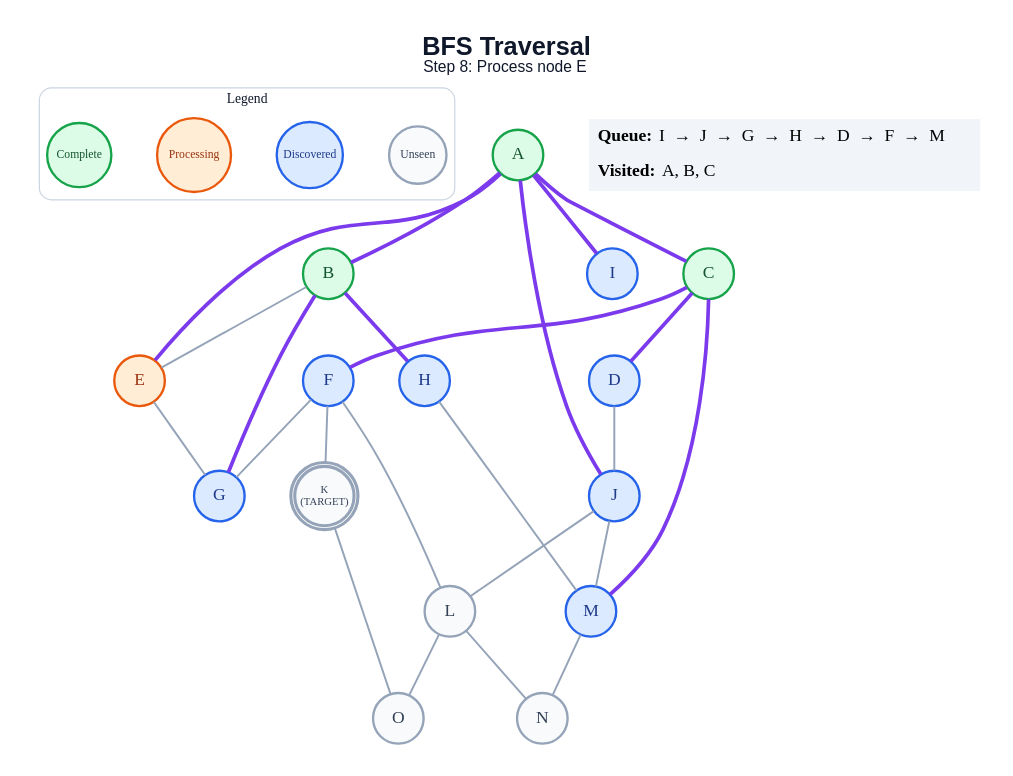
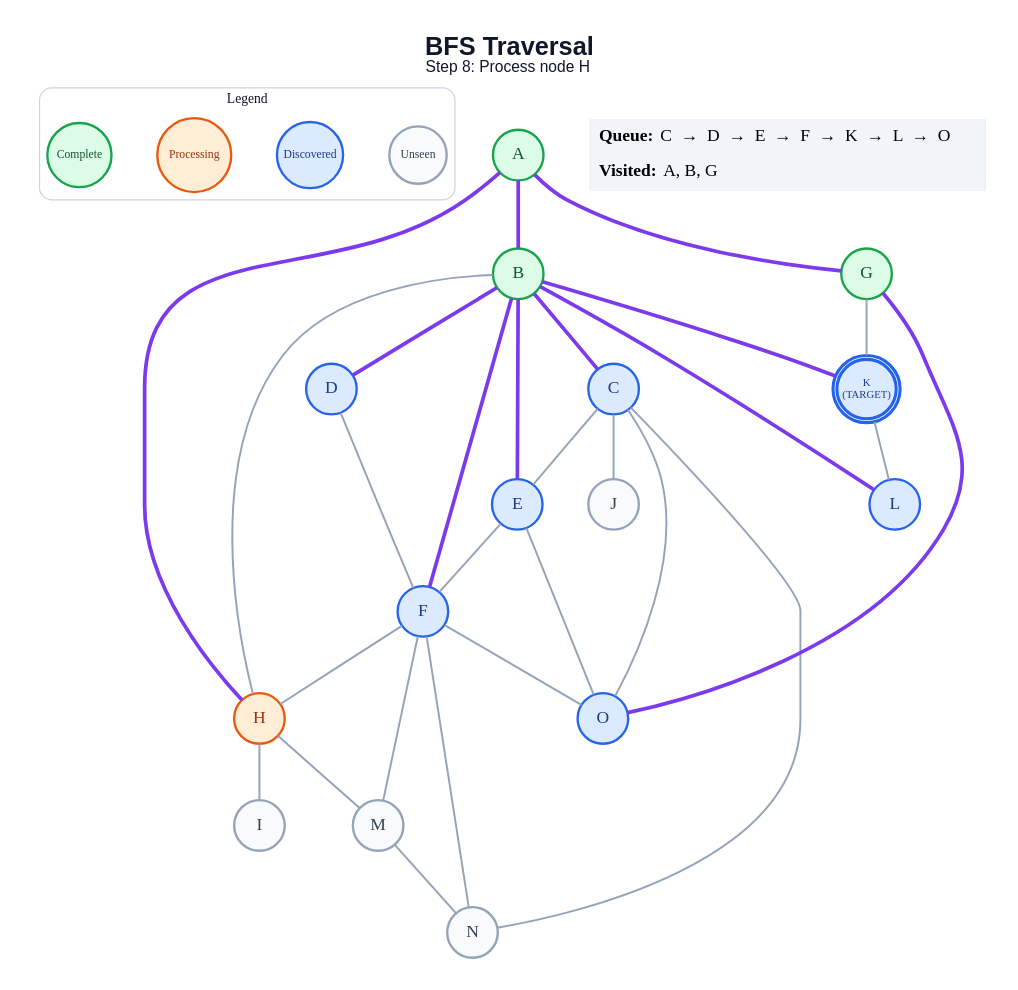
One commit to anon7238593-create/ai-slop changed the diagram in generated/bfs/step_08.dot. Above: the diagram before and after it, drawn with Graphviz. The commit also changed 289 other files, not shown here.

```diff
--- a/generated/bfs/step_08.dot
+++ b/generated/bfs/step_08.dot
@@ -1,57 +1,61 @@
 graph traversal {
   graph [layout=dot, rankdir=TB, bgcolor="#FFFFFF", pad="0.35", nodesep="0.65", ranksep="0.8", fontname="Arial"];
   node [shape=circle, style="filled", fontname="Arial Bold", fontsize=18, width=0.72, fixedsize=true, penwidth=2.4];
   edge [color="#94A3B8", penwidth=2.0];
-  label=<<B>BFS Traversal</B><BR/><FONT POINT-SIZE="16">Step 8: Process node E</FONT>>; labelloc="t"; fontsize=26; fontname="Arial"; fontcolor="#0F172A";
+  label=<<B>BFS Traversal</B><BR/><FONT POINT-SIZE="16">Step 8: Process node H</FONT>>; labelloc="t"; fontsize=26; fontname="Arial"; fontcolor="#0F172A";
   subgraph cluster_legend { label="Legend"; color="#CBD5E1"; penwidth=1.2; style="rounded"; fontsize=14; fontname="Arial Bold";
     key_unseen [label="Unseen", fillcolor="#F8FAFC", color="#94A3B8", fontcolor="#334155", fontsize=12, width=0.82];
     key_frontier [label="Discovered", fillcolor="#DBEAFE", color="#2563EB", fontcolor="#1E3A8A", fontsize=12, width=0.95];
     key_current [label="Processing", fillcolor="#FFEDD5", color="#EA580C", fontcolor="#9A3412", fontsize=12, width=1.05];
     key_done [label="Complete", fillcolor="#DCFCE7", color="#16A34A", fontcolor="#14532D", fontsize=12, width=0.92];
     { rank=same; key_unseen; key_frontier; key_current; key_done; }
   }
   A [label="A", fillcolor="#DCFCE7", color="#16A34A", fontcolor="#14532D", peripheries=1, penwidth=2.4];
   B [label="B", fillcolor="#DCFCE7", color="#16A34A", fontcolor="#14532D", peripheries=1, penwidth=2.4];
-  C [label="C", fillcolor="#DCFCE7", color="#16A34A", fontcolor="#14532D", peripheries=1, penwidth=2.4];
+  C [label="C", fillcolor="#DBEAFE", color="#2563EB", fontcolor="#1E3A8A", peripheries=1, penwidth=2.4];
   D [label="D", fillcolor="#DBEAFE", color="#2563EB", fontcolor="#1E3A8A", peripheries=1, penwidth=2.4];
-  E [label="E", fillcolor="#FFEDD5", color="#EA580C", fontcolor="#9A3412", peripheries=1, penwidth=2.4];
+  E [label="E", fillcolor="#DBEAFE", color="#2563EB", fontcolor="#1E3A8A", peripheries=1, penwidth=2.4];
   F [label="F", fillcolor="#DBEAFE", color="#2563EB", fontcolor="#1E3A8A", peripheries=1, penwidth=2.4];
-  G [label="G", fillcolor="#DBEAFE", color="#2563EB", fontcolor="#1E3A8A", peripheries=1, penwidth=2.4];
-  H [label="H", fillcolor="#DBEAFE", color="#2563EB", fontcolor="#1E3A8A", peripheries=1, penwidth=2.4];
-  I [label="I", fillcolor="#DBEAFE", color="#2563EB", fontcolor="#1E3A8A", peripheries=1, penwidth=2.4];
-  J [label="J", fillcolor="#DBEAFE", color="#2563EB", fontcolor="#1E3A8A", peripheries=1, penwidth=2.4];
-  K [label="K\n(TARGET)", fillcolor="#F8FAFC", color="#94A3B8", fontcolor="#334155", peripheries=2, penwidth=3.2, fontsize=11, width=0.85, height=0.85];
-  L [label="L", fillcolor="#F8FAFC", color="#94A3B8", fontcolor="#334155", peripheries=1, penwidth=2.4];
-  M [label="M", fillcolor="#DBEAFE", color="#2563EB", fontcolor="#1E3A8A", peripheries=1, penwidth=2.4];
+  G [label="G", fillcolor="#DCFCE7", color="#16A34A", fontcolor="#14532D", peripheries=1, penwidth=2.4];
+  H [label="H", fillcolor="#FFEDD5", color="#EA580C", fontcolor="#9A3412", peripheries=1, penwidth=2.4];
+  I [label="I", fillcolor="#F8FAFC", color="#94A3B8", fontcolor="#334155", peripheries=1, penwidth=2.4];
+  J [label="J", fillcolor="#F8FAFC", color="#94A3B8", fontcolor="#334155", peripheries=1, penwidth=2.4];
+  K [label="K\n(TARGET)", fillcolor="#DBEAFE", color="#2563EB", fontcolor="#1E3A8A", peripheries=2, penwidth=3.2, fontsize=11, width=0.85, height=0.85];
+  L [label="L", fillcolor="#DBEAFE", color="#2563EB", fontcolor="#1E3A8A", peripheries=1, penwidth=2.4];
+  M [label="M", fillcolor="#F8FAFC", color="#94A3B8", fontcolor="#334155", peripheries=1, penwidth=2.4];
   N [label="N", fillcolor="#F8FAFC", color="#94A3B8", fontcolor="#334155", peripheries=1, penwidth=2.4];
-  O [label="O", fillcolor="#F8FAFC", color="#94A3B8", fontcolor="#334155", peripheries=1, penwidth=2.4];
+  O [label="O", fillcolor="#DBEAFE", color="#2563EB", fontcolor="#1E3A8A", peripheries=1, penwidth=2.4];
   A -- B [color="#7C3AED", penwidth=3.8];
-  A -- C [color="#7C3AED", penwidth=3.8];
-  A -- E [color="#7C3AED", penwidth=3.8];
-  A -- I [color="#7C3AED", penwidth=3.8];
-  A -- J [color="#7C3AED", penwidth=3.8];
-  B -- E;
-  B -- G [color="#7C3AED", penwidth=3.8];
-  B -- H [color="#7C3AED", penwidth=3.8];
-  C -- D [color="#7C3AED", penwidth=3.8];
-  C -- F [color="#7C3AED", penwidth=3.8];
-  C -- M [color="#7C3AED", penwidth=3.8];
-  D -- J;
-  E -- G;
-  F -- G;
-  F -- K;
-  F -- L;
+  A -- G [color="#7C3AED", penwidth=3.8];
+  A -- H [color="#7C3AED", penwidth=3.8];
+  B -- C [color="#7C3AED", penwidth=3.8];
+  B -- D [color="#7C3AED", penwidth=3.8];
+  B -- E [color="#7C3AED", penwidth=3.8];
+  B -- F [color="#7C3AED", penwidth=3.8];
+  B -- H;
+  B -- K [color="#7C3AED", penwidth=3.8];
+  B -- L [color="#7C3AED", penwidth=3.8];
+  C -- E;
+  C -- J;
+  C -- N;
+  C -- O;
+  D -- F;
+  E -- F;
+  E -- O;
+  F -- H;
+  F -- M;
+  F -- N;
+  F -- O;
+  G -- K;
+  G -- O [color="#7C3AED", penwidth=3.8];
+  H -- I;
   H -- M;
-  J -- L;
-  J -- M;
-  K -- O;
-  L -- N;
-  L -- O;
+  K -- L;
   M -- N;
   status [shape=plain, fixedsize=false, width=0, height=0, margin=0, label=<
     <TABLE BORDER="0" CELLBORDER="0" CELLPADDING="7" BGCOLOR="#F1F5F9">
-      <TR><TD ALIGN="LEFT"><B>Queue:</B> I  →  J  →  G  →  H  →  D  →  F  →  M</TD></TR>
-      <TR><TD ALIGN="LEFT"><B>Visited:</B> A, B, C</TD></TR>
+      <TR><TD ALIGN="LEFT"><B>Queue:</B> C  →  D  →  E  →  F  →  K  →  L  →  O</TD></TR>
+      <TR><TD ALIGN="LEFT"><B>Visited:</B> A, B, G</TD></TR>
     </TABLE>
   >];
 }
```
